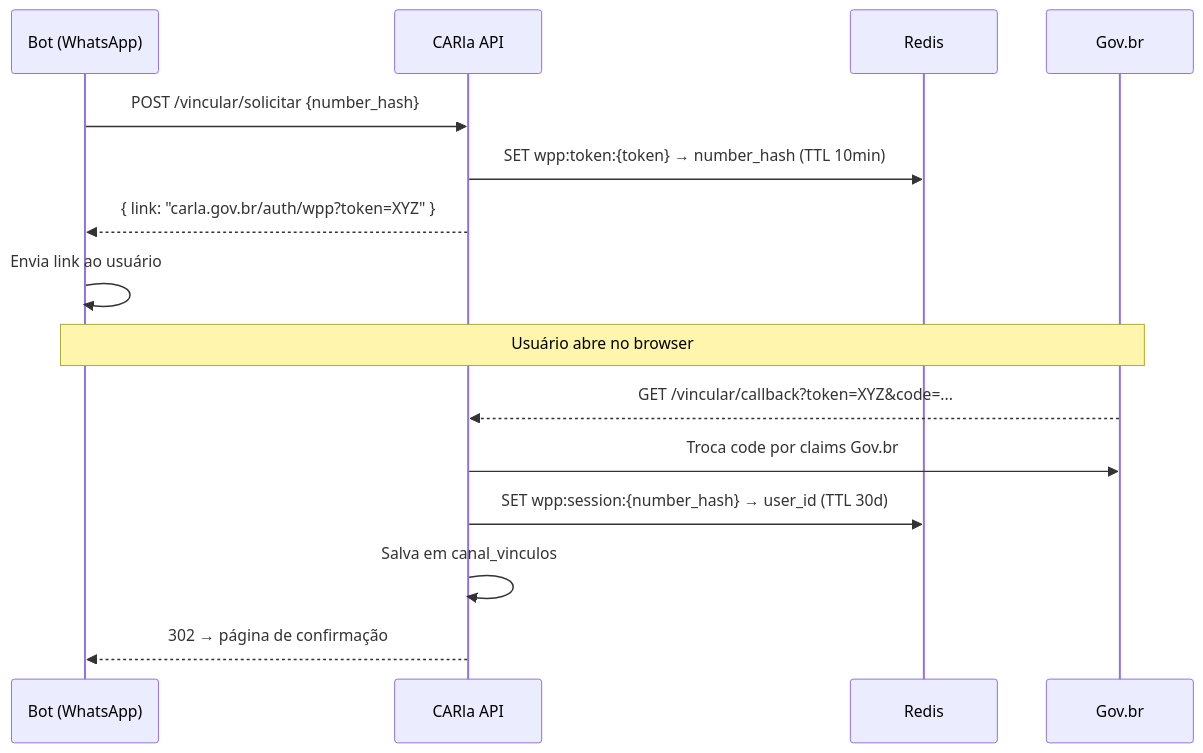
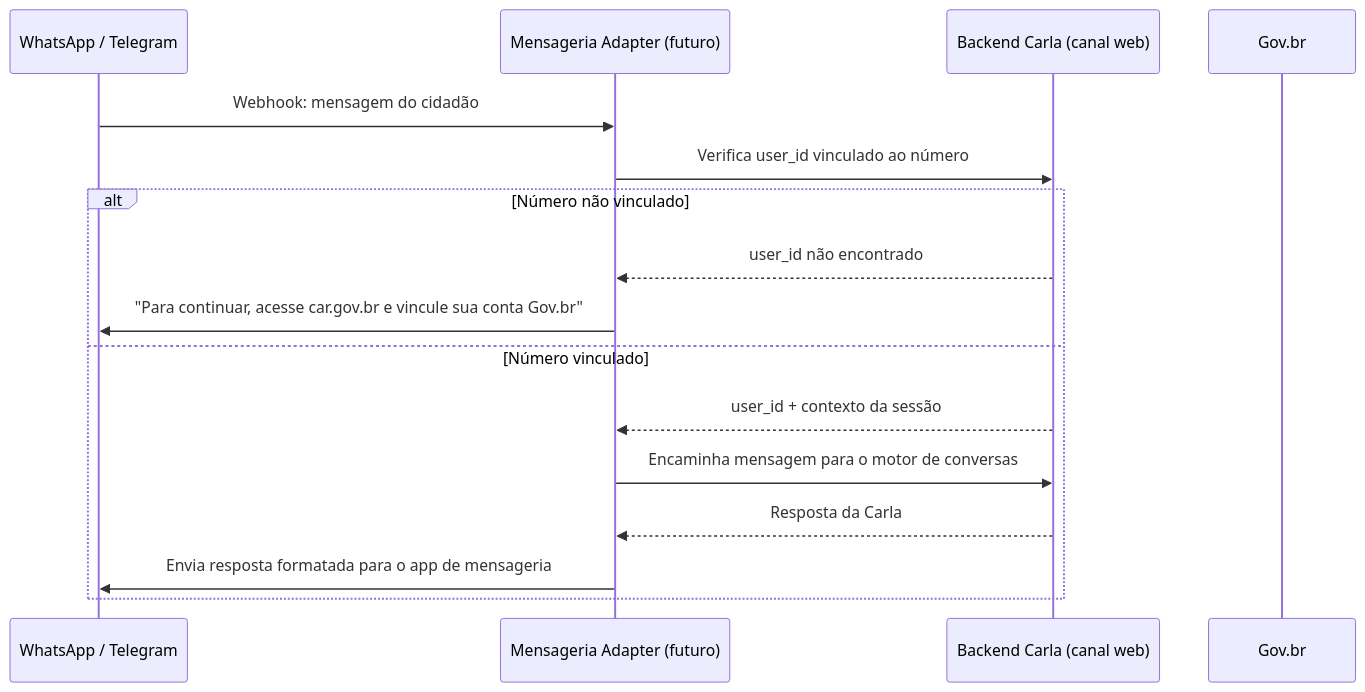
The diagram in website/docs/apis/whatsapp.md (gresas/carla-cadastro-rural), drawn with Mermaid before and after one commit. The commit also changed other lines of this file and 32 other files, not shown here.

First line of the commit message:
docs: atualizar paradigma do canal WhatsApp → interface web própria

````diff
--- a/website/docs/apis/whatsapp.md
+++ b/website/docs/apis/whatsapp.md
@@ -18,19 +22,19 @@
 ```mermaid
 sequenceDiagram
-    participant B as Bot (WhatsApp)
-    participant A as CARla API
-    participant R as Redis
+    participant WP as WhatsApp / Telegram
+    participant AD as Mensageria Adapter (futuro)
+    participant API as Backend Carla (canal web)
     participant G as Gov.br
 
-    B->>A: POST /vincular/solicitar {number_hash}
-    A->>R: SET wpp:token:{token} → number_hash (TTL 10min)
-    A-->>B: { link: "carla.gov.br/auth/wpp?token=XYZ" }
-    B->>B: Envia link ao usuário
-
-    Note over B,G: Usuário abre no browser
-    G-->>A: GET /vincular/callback?token=XYZ&code=...
-    A->>G: Troca code por claims Gov.br
-    A->>R: SET wpp:session:{number_hash} → user_id (TTL 30d)
-    A->>A: Salva em canal_vinculos
-    A-->>B: 302 → página de confirmação
+    WP->>AD: Webhook: mensagem do cidadão
+    AD->>API: Verifica user_id vinculado ao número
+    alt Número não vinculado
+        API-->>AD: user_id não encontrado
+        AD->>WP: "Para continuar, acesse car.gov.br e vincule sua conta Gov.br"
+    else Número vinculado
+        API-->>AD: user_id + contexto da sessão
+        AD->>API: Encaminha mensagem para o motor de conversas
+        API-->>AD: Resposta da Carla
+        AD->>WP: Envia resposta formatada para o app de mensageria
+    end
 ```
````
